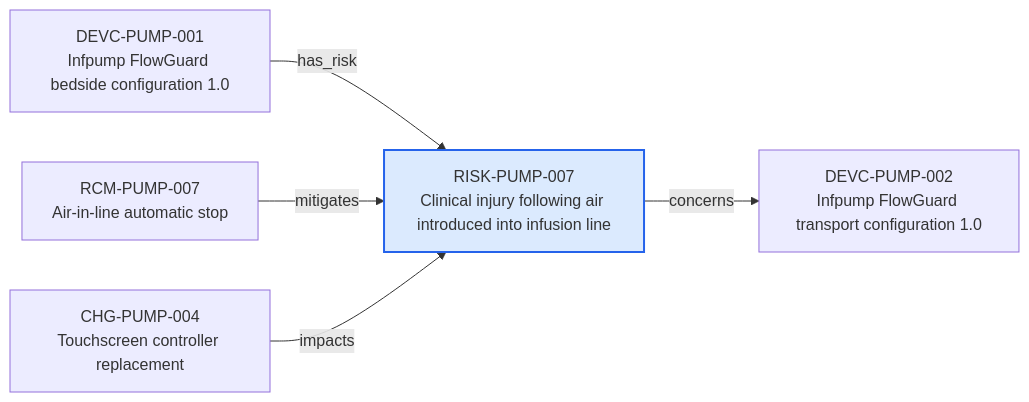
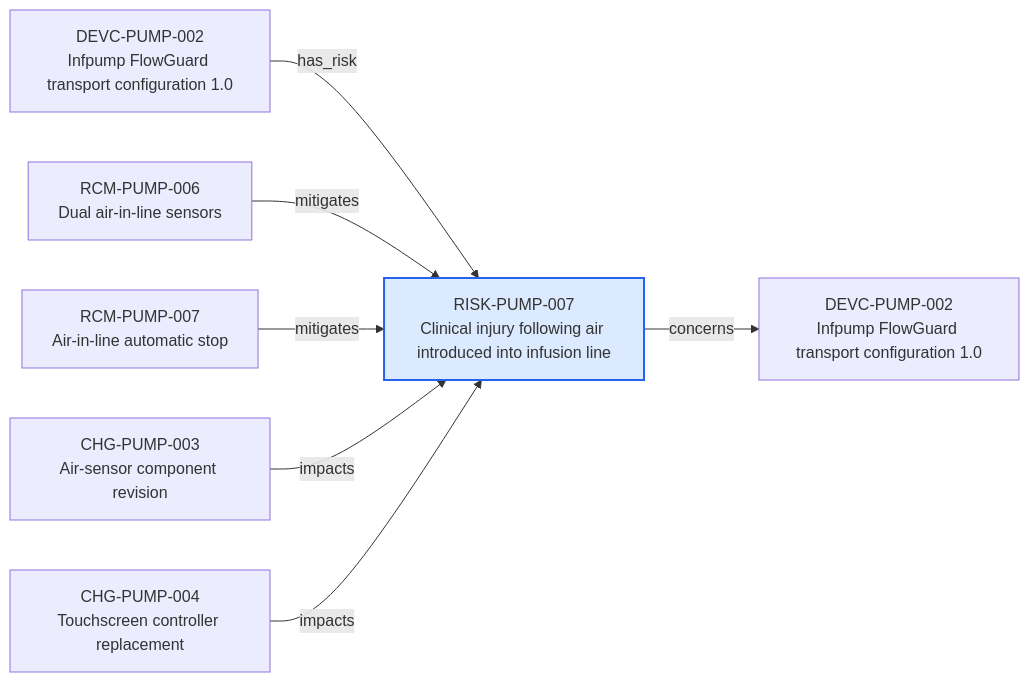
The diagram in content/06-Infpump FlowGuard ontology notes/risk/RISK-PUMP-007-clinical-injury-following-air-introduced-into-infusion-line.md (mvattulainen/mdrontology), drawn with Mermaid before and after one commit. The commit also changed other lines of this file and 321 other files, not shown here.

Commit message:
Implement Mermaid ontology audit findings

````diff
--- a/content/06-Infpump FlowGuard ontology notes/risk/RISK-PUMP-007-clinical-injury-following-air-introduced-into-infusion-line.md
+++ b/content/06-Infpump FlowGuard ontology notes/risk/RISK-PUMP-007-clinical-injury-following-air-introduced-into-infusion-line.md
@@ -75,14 +77,18 @@
 ```mermaid
 flowchart LR
   CURRENT["RISK-PUMP-007<br/>Clinical injury following air introduced into infusion line"]
-  PREV0["DEVC-PUMP-001<br/>Infpump FlowGuard bedside configuration 1.0"]
+  PREV0["DEVC-PUMP-002<br/>Infpump FlowGuard transport configuration 1.0"]
   PREV0 -->|"has_risk"| CURRENT
-  PREV1["RCM-PUMP-007<br/>Air-in-line automatic stop"]
+  PREV1["RCM-PUMP-006<br/>Dual air-in-line sensors"]
   PREV1 -->|"mitigates"| CURRENT
-  PREV2["CHG-PUMP-004<br/>Touchscreen controller replacement"]
-  PREV2 -->|"impacts"| CURRENT
+  PREV2["RCM-PUMP-007<br/>Air-in-line automatic stop"]
+  PREV2 -->|"mitigates"| CURRENT
+  PREV3["CHG-PUMP-003<br/>Air-sensor component revision"]
+  PREV3 -->|"impacts"| CURRENT
+  PREV4["CHG-PUMP-004<br/>Touchscreen controller replacement"]
+  PREV4 -->|"impacts"| CURRENT
   NEXT0["DEVC-PUMP-002<br/>Infpump FlowGuard transport configuration 1.0"]
   CURRENT -->|"concerns"| NEXT0
   classDef current fill:#dbeafe,stroke:#2563eb,stroke-width:2px
   class CURRENT current
 ```
````
